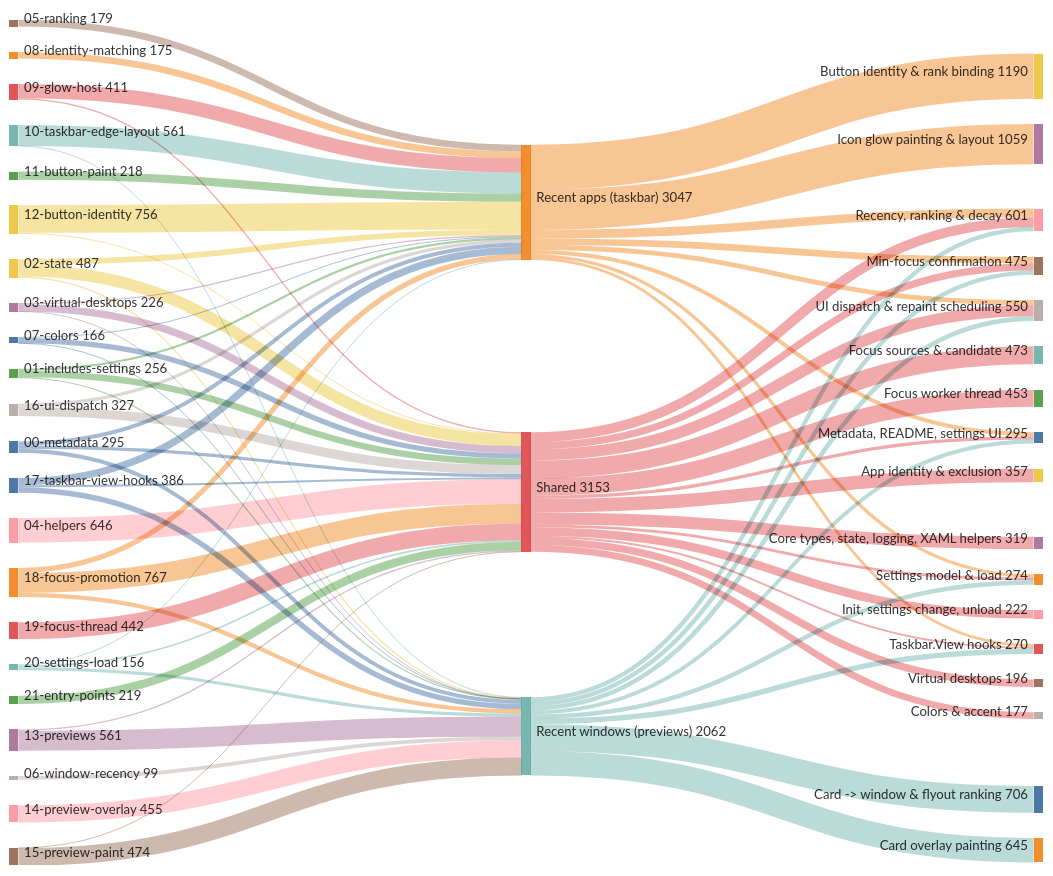
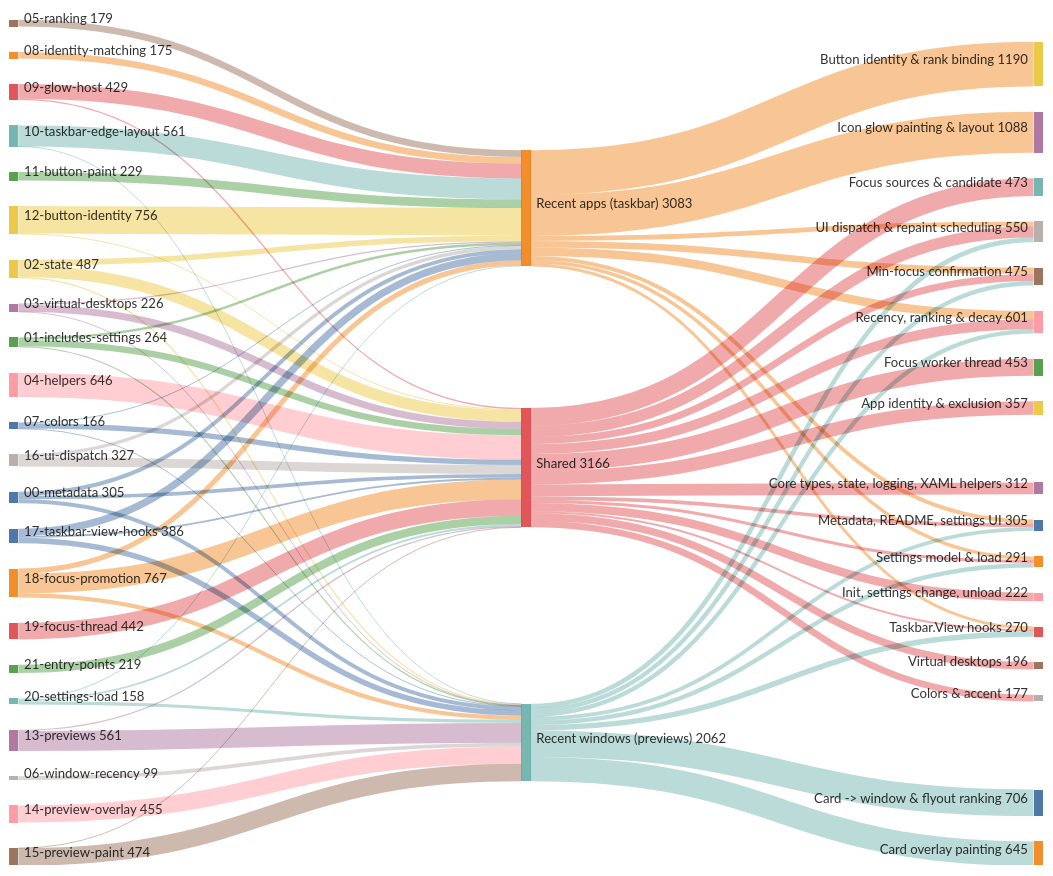
The second of 5 diagrams in doc/code/code-breakdown.md (jvlasek/taskbar-recent-focus-highlight), drawn with Mermaid before and after one commit. The commit also changed other lines of this file and 9 other files, not shown here.

```diff
--- a/doc/code/code-breakdown.md
+++ b/doc/code/code-breakdown.md
@@ -38,10 +38,10 @@
 ---
 sankey-beta
 00-metadata,"Recent apps (taskbar)",105
-00-metadata,"Shared",87
+00-metadata,"Shared",97
 00-metadata,"Recent windows (previews)",103
-01-includes-settings,"Recent apps (taskbar)",59
-01-includes-settings,"Shared",169
+01-includes-settings,"Recent apps (taskbar)",66
+01-includes-settings,"Shared",170
 01-includes-settings,"Recent windows (previews)",28
 02-state,"Recent apps (taskbar)",150
 02-state,"Shared",306
@@ -56,11 +56,11 @@
 07-colors,"Shared",139
 07-colors,"Recent windows (previews)",2
 08-identity-matching,"Recent apps (taskbar)",175
-09-glow-host,"Recent apps (taskbar)",378
+09-glow-host,"Recent apps (taskbar)",396
 09-glow-host,"Shared",33
 10-taskbar-edge-layout,"Recent apps (taskbar)",557
 10-taskbar-edge-layout,"Recent windows (previews)",4
-11-button-paint,"Recent apps (taskbar)",218
+11-button-paint,"Recent apps (taskbar)",229
 12-button-identity,"Recent apps (taskbar)",730
 12-button-identity,"Shared",26
 13-previews,"Shared",33
@@ -78,29 +78,29 @@
 18-focus-promotion,"Recent windows (previews)",110
 19-focus-thread,"Shared",442
 20-settings-load,"Recent apps (taskbar)",26
-20-settings-load,"Shared",46
+20-settings-load,"Shared",48
 20-settings-load,"Recent windows (previews)",84
 21-entry-points,"Shared",219
 "Recent apps (taskbar)","Button identity & rank binding",1190
-"Recent apps (taskbar)","Icon glow painting & layout",1059
+"Recent apps (taskbar)","Icon glow painting & layout",1088
 "Recent apps (taskbar)","Recency, ranking & decay",227
 "Recent apps (taskbar)","Min-focus confirmation",175
 "Recent apps (taskbar)","UI dispatch & repaint scheduling",129
 "Recent apps (taskbar)","Metadata, README, settings UI",105
-"Recent apps (taskbar)","Settings model & load",85
+"Recent apps (taskbar)","Settings model & load",92
 "Recent apps (taskbar)","Taskbar.View hooks",77
 "Shared","Focus sources & candidate",473
 "Shared","Focus worker thread",453
 "Shared","App identity & exclusion",357
-"Shared","Core types, state, logging, XAML helpers",319
+"Shared","Core types, state, logging, XAML helpers",312
 "Shared","UI dispatch & repaint scheduling",300
 "Shared","Recency, ranking & decay",261
 "Shared","Init, settings change, unload",222
 "Shared","Virtual desktops",196
 "Shared","Min-focus confirmation",185
 "Shared","Colors & accent",177
-"Shared","Metadata, README, settings UI",87
-"Shared","Settings model & load",73
+"Shared","Metadata, README, settings UI",97
+"Shared","Settings model & load",83
 "Shared","Taskbar.View hooks",50
 "Recent windows (previews)","Card -> window & flyout ranking",706
 "Recent windows (previews)","Card overlay painting",645
```
